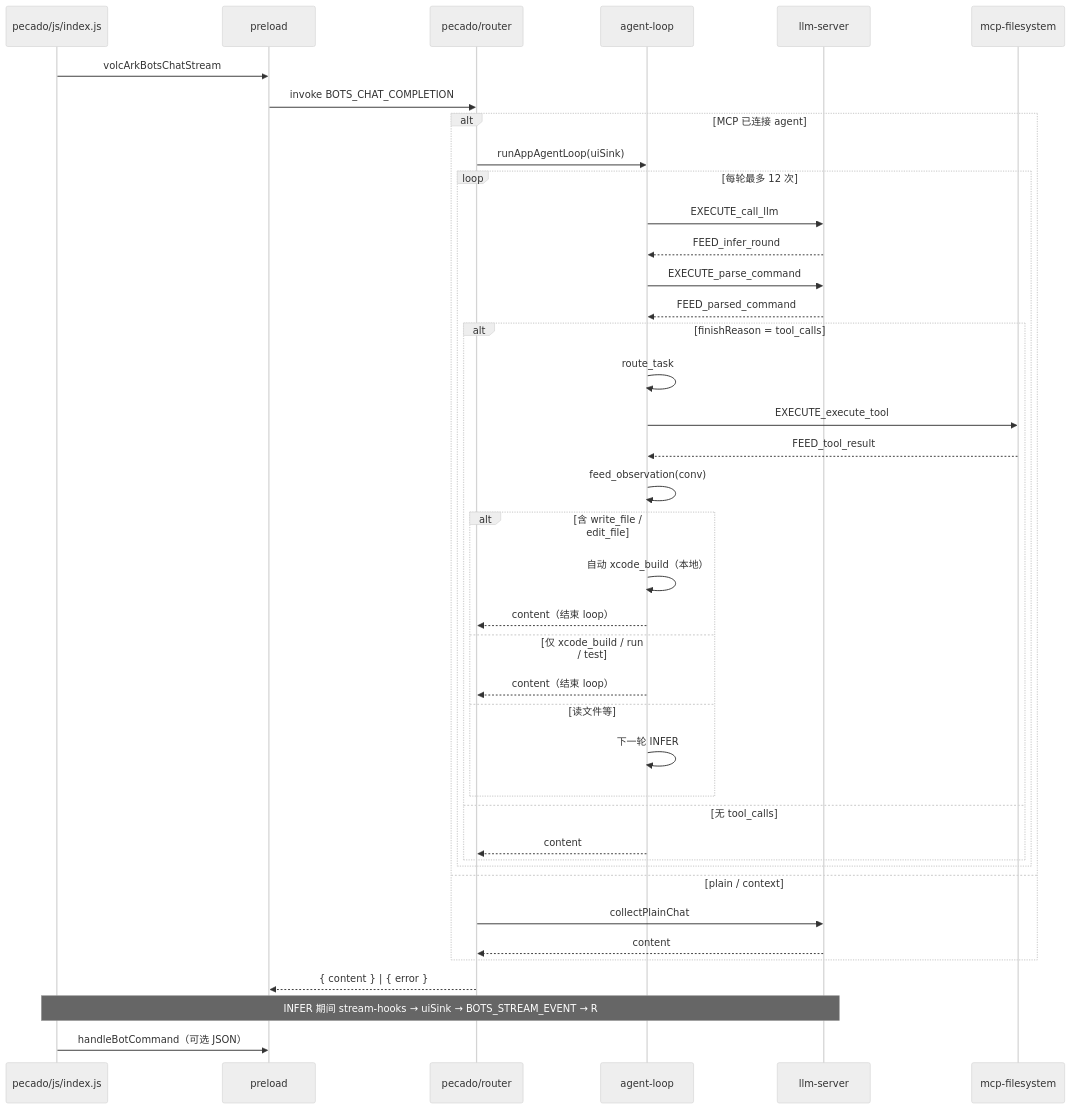
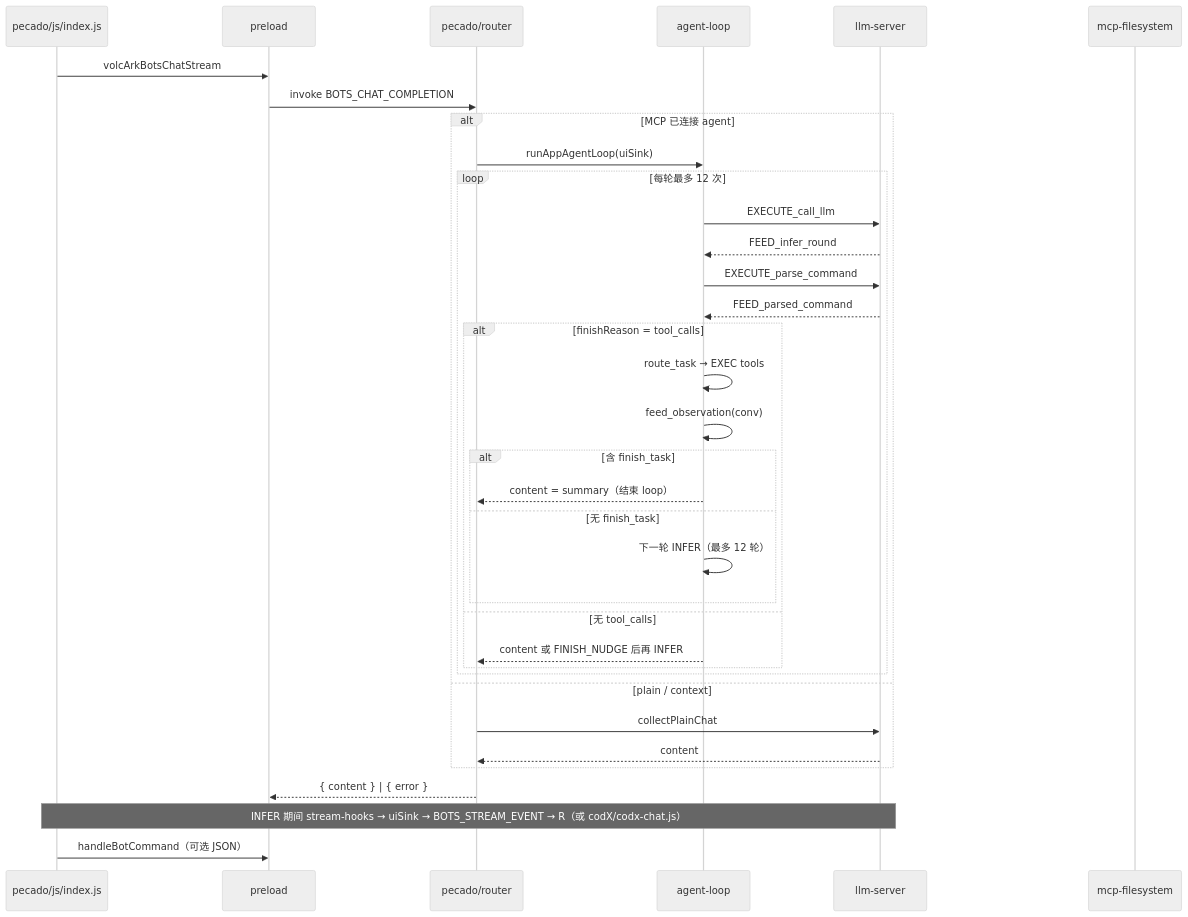
The seventh of 9 diagrams in README.md (SCSHICHUAN/Pecado), drawn with Mermaid (neutral theme) before and after one commit. The commit also changed other lines of this file and 43 other files, not shown here.

````diff
--- a/README.md
+++ b/README.md
@@ -590,43 +707,38 @@
 ```mermaid
 sequenceDiagram
   participant R as pecado/js/index.js
   participant Pre as preload
   participant Rt as pecado/router
   participant L as agent-loop
   participant LLM as llm-server
   participant MCP as mcp-filesystem
 
   R->>Pre: volcArkBotsChatStream
   Pre->>Rt: invoke BOTS_CHAT_COMPLETION
   alt MCP 已连接 agent
     Rt->>L: runAppAgentLoop(uiSink)
     loop 每轮最多 12 次
       L->>LLM: EXECUTE_call_llm
       LLM-->>L: FEED_infer_round
       L->>LLM: EXECUTE_parse_command
       LLM-->>L: FEED_parsed_command
       alt finishReason = tool_calls
-        L->>L: route_task
-        L->>MCP: EXECUTE_execute_tool
-        MCP-->>L: FEED_tool_result
+        L->>L: route_task → EXEC tools
         L->>L: feed_observation(conv)
-        alt 含 write_file / edit_file
-          L->>L: 自动 xcode_build（本地）
-          L-->>Rt: content（结束 loop）
-        else 仅 xcode_build / run / test
-          L-->>Rt: content（结束 loop）
-        else 读文件等
-          L->>L: 下一轮 INFER
+        alt 含 finish_task
+          L-->>Rt: content = summary（结束 loop）
+        else 无 finish_task
+          L->>L: 下一轮 INFER（最多 12 轮）
         end
       else 无 tool_calls
-        L-->>Rt: content
+        L-->>Rt: content 或 FINISH_NUDGE 后再 INFER
       end
     end
   else plain / context
     Rt->>LLM: collectPlainChat
     LLM-->>Rt: content
   end
   Rt-->>Pre: { content } | { error }
-  Note over LLM,R: INFER 期间 stream-hooks → uiSink → BOTS_STREAM_EVENT → R
+  Note over LLM,R: INFER 期间 stream-hooks → uiSink → BOTS_STREAM_EVENT → R（或 codX/codx-chat.js）
   R->>Pre: handleBotCommand（可选 JSON）
 ```
````
